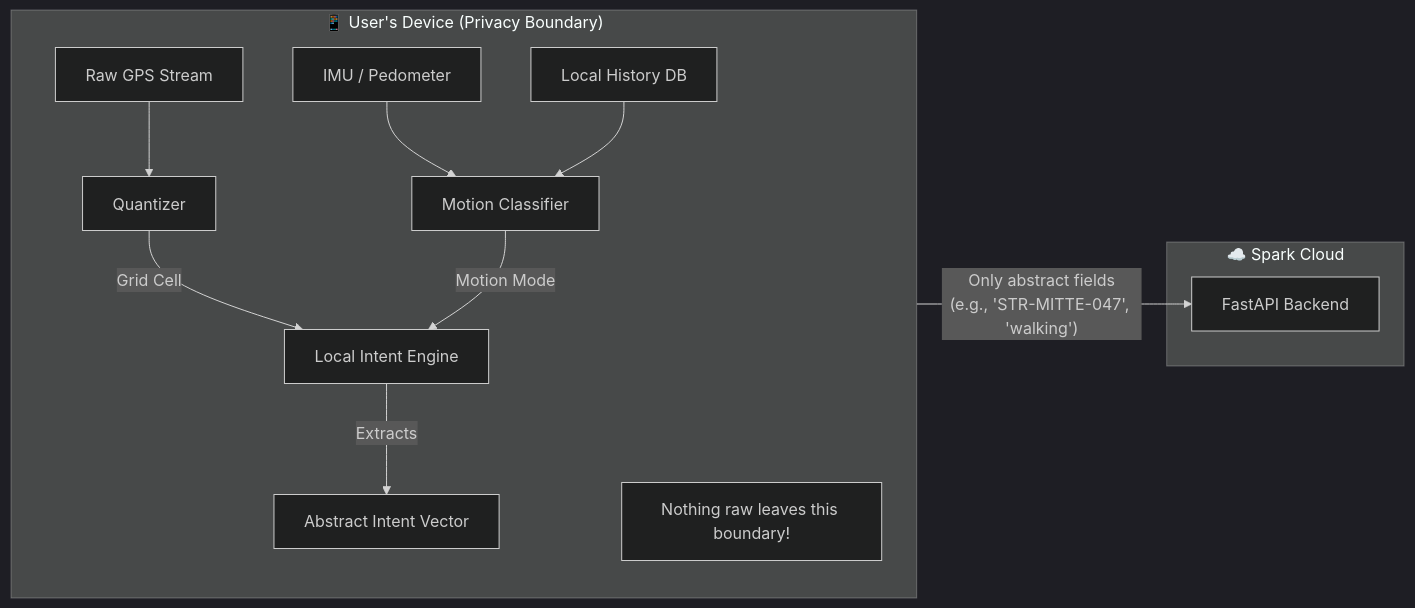
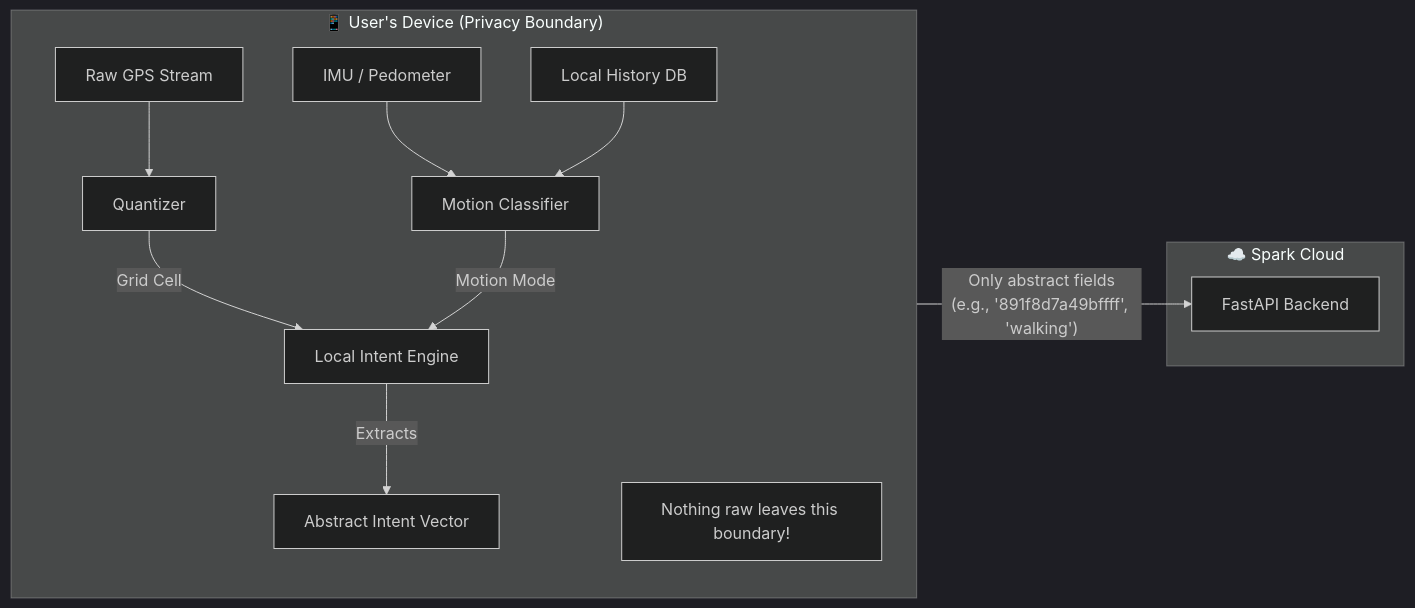
The second of 3 diagrams in docs/ARCHITECTURE.md (larsboes/Generative-City-Wallet), drawn with Mermaid (dark theme) before and after one commit. The commit also changed other lines of this file and 8 other files, not shown here.

````diff
--- a/docs/ARCHITECTURE.md
+++ b/docs/ARCHITECTURE.md
@@ -58,21 +58,21 @@
 ```mermaid
 flowchart LR
     subgraph Device ["📱 User's Device (Privacy Boundary)"]
         direction TB
         raw1[Raw GPS Stream] --> quant[Quantizer]
         raw2[IMU / Pedometer] --> classifier[Motion Classifier]
         raw3[Local History DB] --> classifier
         
         quant -->|Grid Cell| intent[Local Intent Engine]
         classifier -->|Motion Mode| intent
         intent -->|Extracts| vector[Abstract Intent Vector]
         
         note1[Nothing raw leaves this boundary!]
     end
 
     subgraph Backend ["☁️ Spark Cloud"]
         server[FastAPI Backend]
     end
 
-    vector -- "Only abstract fields\n(e.g., 'STR-MITTE-047', 'walking')" --> server
+    vector -- "Only abstract fields\n(e.g., '891f8d7a49bffff', 'walking')" --> server
 ```
````
